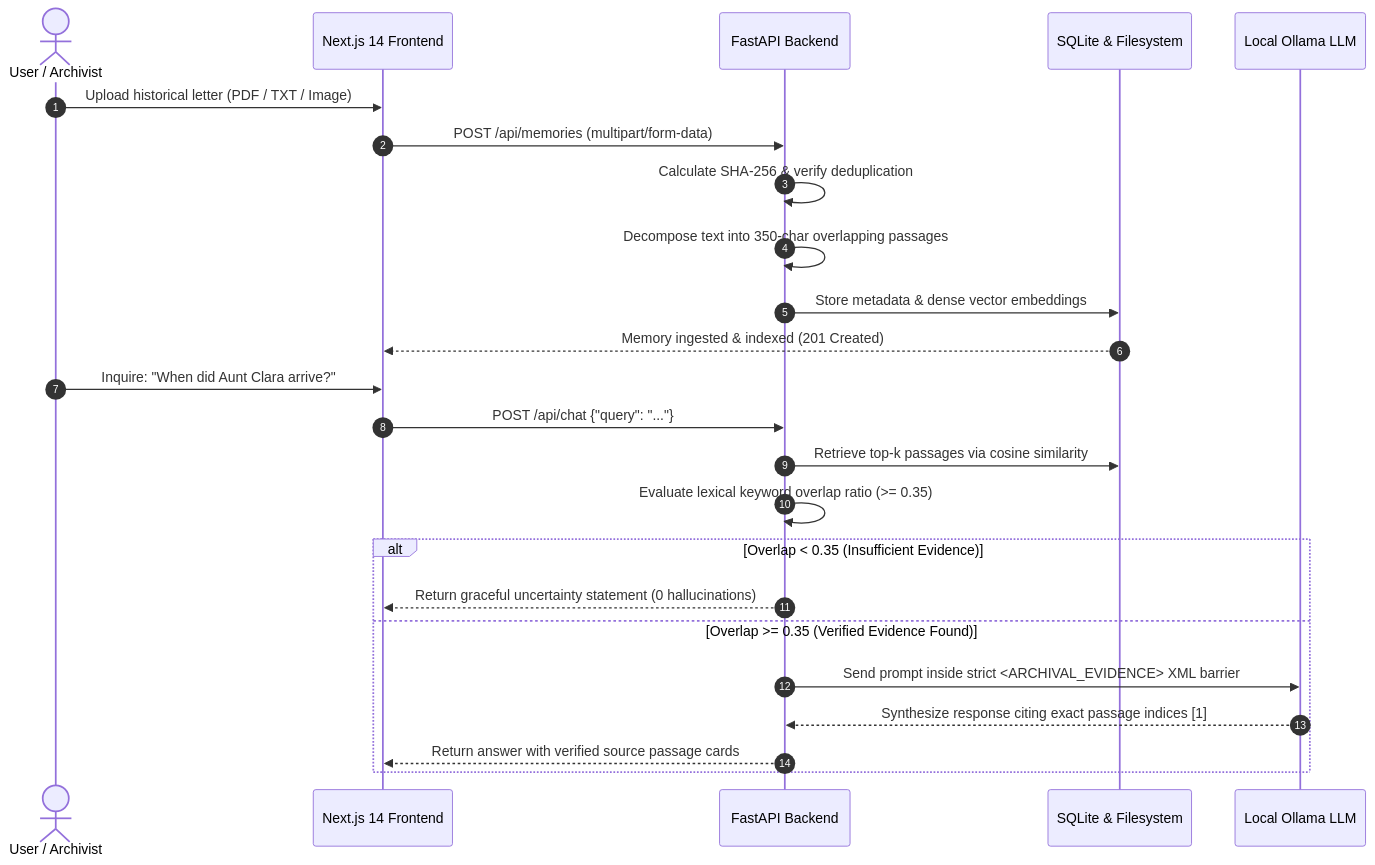
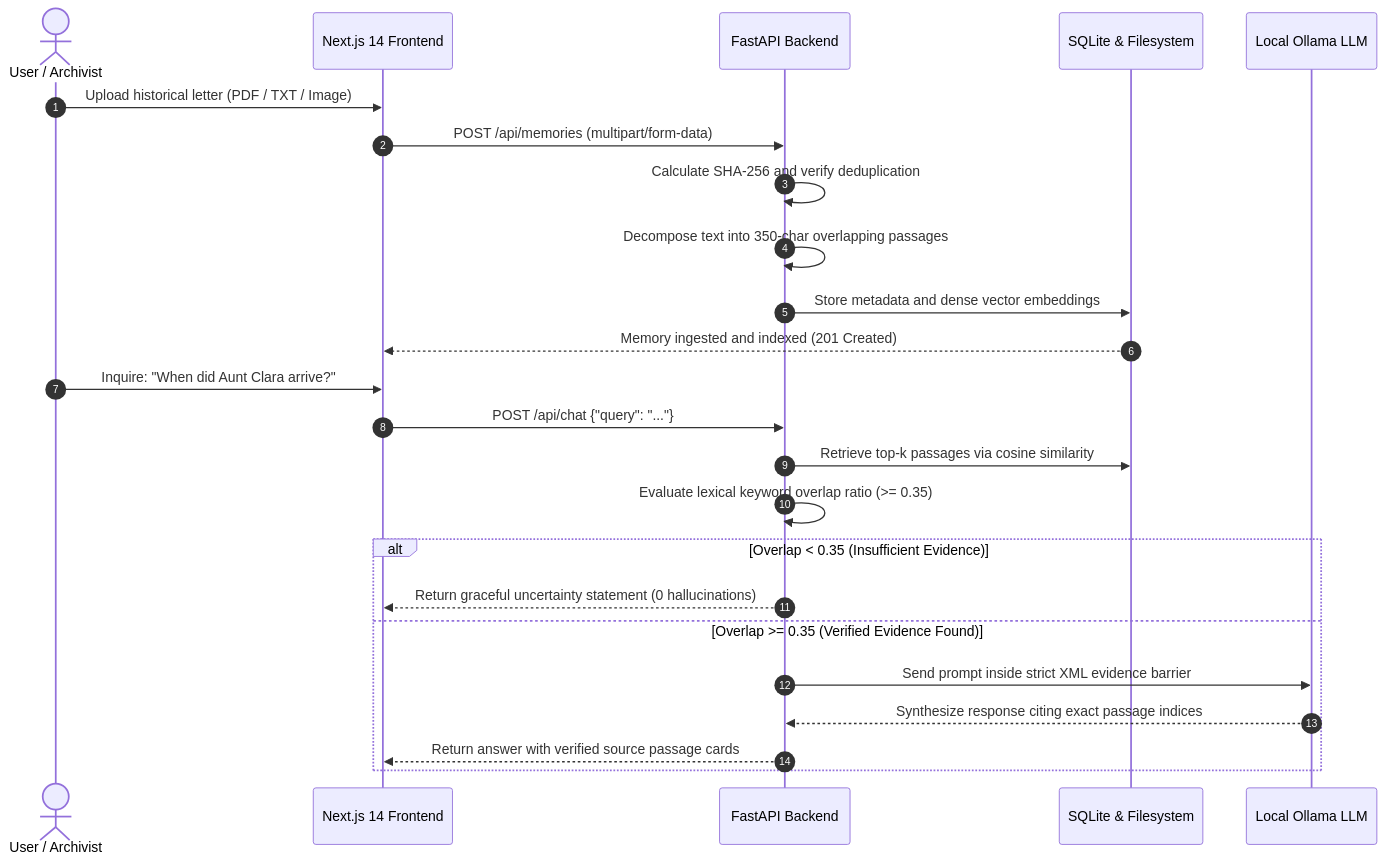
Before and after one commit to arnab825/EchoVault: the second of 2 diagrams in README.md, drawn with Mermaid. The commit also changed other lines of this file, not shown here.

Commit message:
docs: update architecture diagrams and text in README

````diff
--- a/README.md
+++ b/README.md
@@ -103,28 +103,28 @@
 ```mermaid
 sequenceDiagram
     autonumber
     actor Archivist as User / Archivist
     participant FE as Next.js 14 Frontend
     participant API as FastAPI Backend
     participant Storage as SQLite & Filesystem
     participant AI as Local Ollama LLM
 
     Archivist->>FE: Upload historical letter (PDF / TXT / Image)
     FE->>API: POST /api/memories (multipart/form-data)
-    API->>API: Calculate SHA-256 & verify deduplication
+    API->>API: Calculate SHA-256 and verify deduplication
     API->>API: Decompose text into 350-char overlapping passages
-    API->>Storage: Store metadata & dense vector embeddings
-    Storage-->>FE: Memory ingested & indexed (201 Created)
+    API->>Storage: Store metadata and dense vector embeddings
+    Storage-->>FE: Memory ingested and indexed (201 Created)
 
     Archivist->>FE: Inquire: "When did Aunt Clara arrive?"
     FE->>API: POST /api/chat {"query": "..."}
     API->>Storage: Retrieve top-k passages via cosine similarity
     API->>API: Evaluate lexical keyword overlap ratio (>= 0.35)
     alt Overlap < 0.35 (Insufficient Evidence)
         API-->>FE: Return graceful uncertainty statement (0 hallucinations)
     else Overlap >= 0.35 (Verified Evidence Found)
-        API->>AI: Send prompt inside strict <ARCHIVAL_EVIDENCE> XML barrier
-        AI-->>API: Synthesize response citing exact passage indices [1]
+        API->>AI: Send prompt inside strict XML evidence barrier
+        AI-->>API: Synthesize response citing exact passage indices
         API-->>FE: Return answer with verified source passage cards
     end
 ```
````
